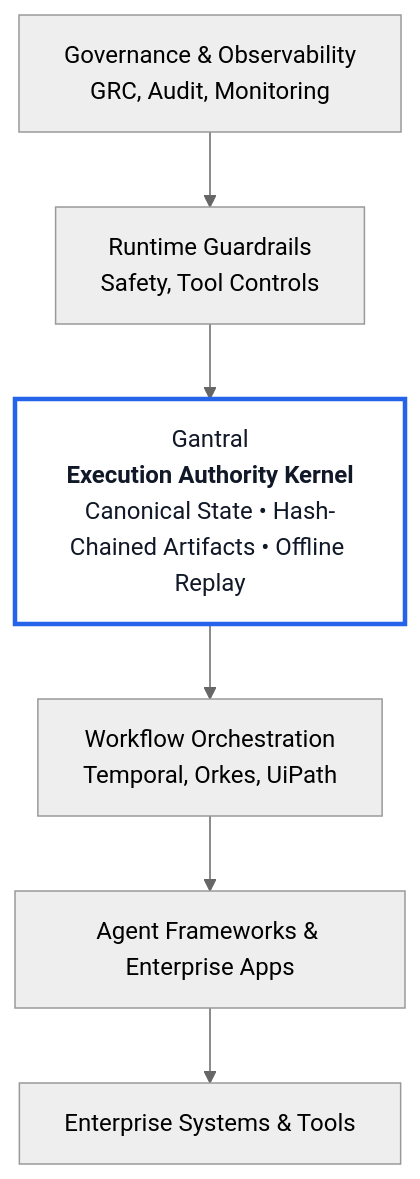
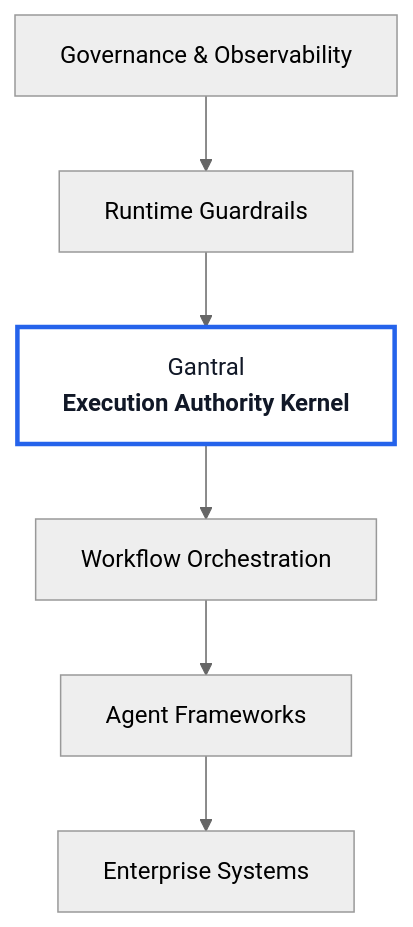
One commit to Rainminds/.github changed the diagram in profile/README.md. Above: the diagram before and after it, drawn with Mermaid (neutral theme). The commit also changed other lines of this file, not shown here.

`````diff
--- a/profile/README.md
+++ b/profile/README.md
@@ -263,17 +301,14 @@
 ```mermaid
 flowchart TB
 
-
-   GRC[Governance & Observability<br/> GRC, Audit, Monitoring]
-   Guardrails[Runtime Guardrails<br/> Safety, Tool Controls]
-   Gantral[Gantral<br/><b>Execution Authority Kernel</b><br/>Canonical State • Hash-Chained Artifacts • Offline Replay]
-   Orchestration[Workflow Orchestration<br/> Temporal, Orkes, UiPath]
-   Agents[Agent Frameworks & Enterprise Apps]
-   Tools[Enterprise Systems & Tools]
-
+   GRC[Governance & Observability]
+   Guardrails[Runtime Guardrails]
+   Gantral[Gantral<br/><b>Execution Authority Kernel</b>]
+   Orchestration[Workflow Orchestration]
+   Agents[Agent Frameworks]
+   Tools[Enterprise Systems]
 
    GRC --> Guardrails --> Gantral --> Orchestration --> Agents --> Tools
 
-
    style Gantral fill:#ffffff,stroke:#2563eb,stroke-width:3px,color:#111827
-```
+````
`````
